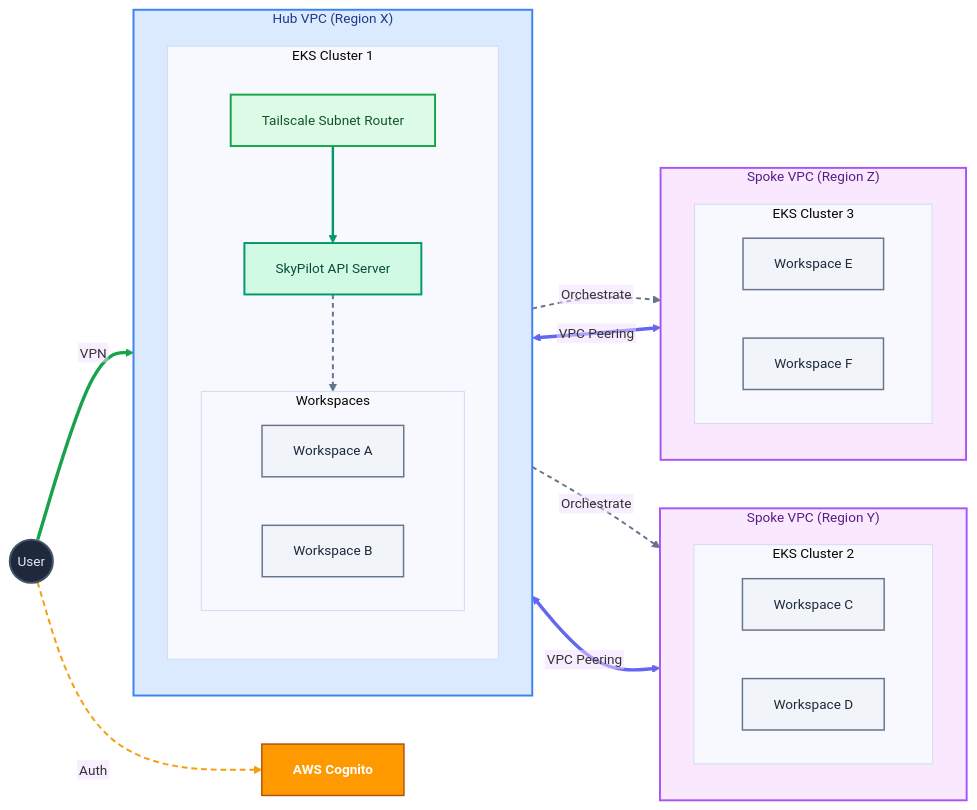
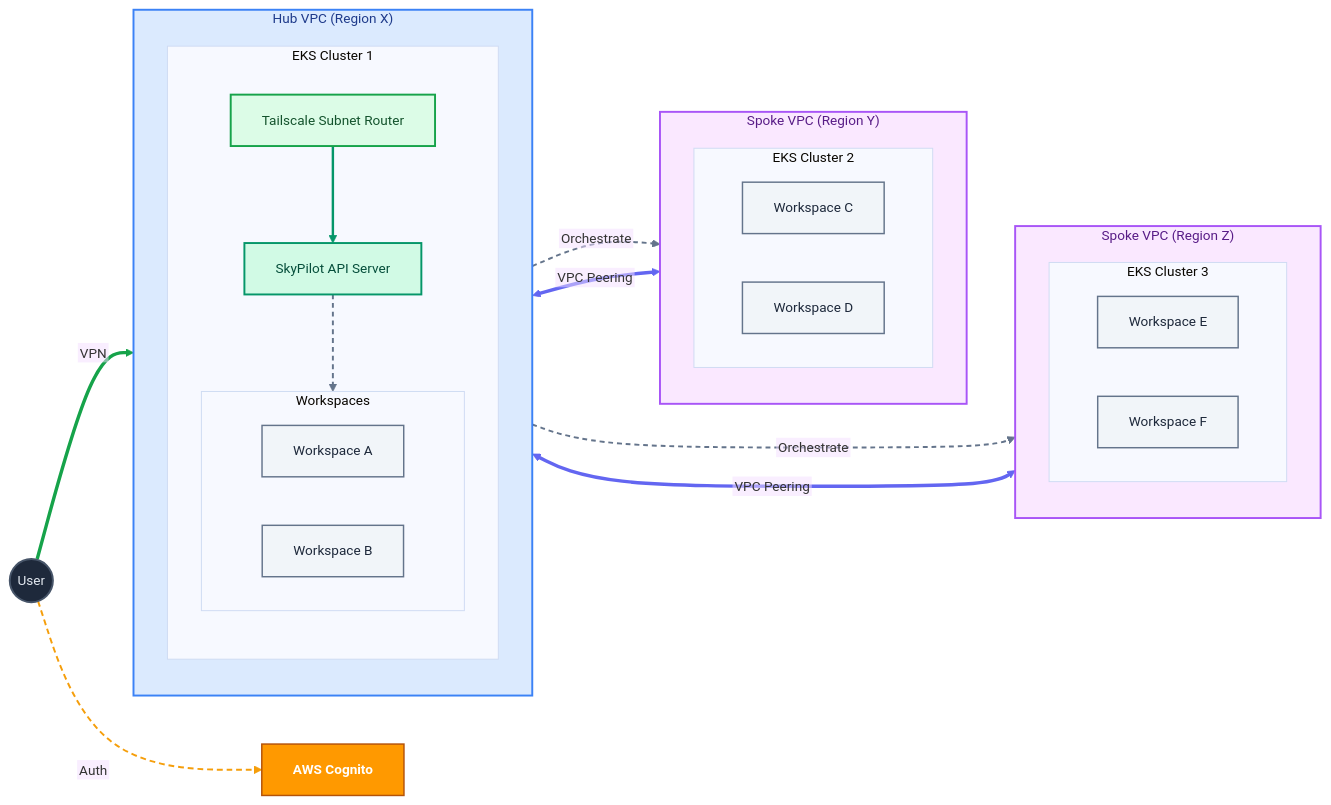
The diagram in projects/skypilot-multi-tenant/README.md (roulbac/pulumi-eks-ml), drawn with Mermaid before and after one commit.

Commit message:
Lay out spoke VPCs horizontally in skypilot-multi-tenant diagram
Restore the side-by-side horizontal arrangement of the Hub and Spoke VPC
boxes for readability. Dagre placed both spokes at the same rank (each
linked only to the hub), stacking them vertically; add an invisible
EKS2 ~~~ EKS3 ordering link so the two spoke VPCs lay out in a horizontal
row while every edge still routes cleanly to a reachable target.

Claude-Session: https://claude.ai/code/session_01Mzp6ZE86fVjyEgb596Z5HG

```diff
--- a/projects/skypilot-multi-tenant/README.md
+++ b/projects/skypilot-multi-tenant/README.md
@@ -87,6 +87,9 @@
     HubVPC <==>|VPC Peering| Spoke1
     HubVPC <==>|VPC Peering| Spoke2
 
+    %% invisible link: lay the two spoke VPCs out side by side (horizontal row)
+    EKS2 ~~~ EKS3
+
     class HubVPC hub;
     class Spoke1,Spoke2 spoke;
 
@@ -97,6 +100,7 @@
     %% 3: User ==> Tailscale
     %% 4-5: API -.-> EKS2/EKS3 (cross-region orchestration)
     %% 6-7: HubVPC <==> Spoke1/Spoke2 (VPC peering)
+    %% 8: EKS2 ~~~ EKS3 (invisible layout link, left unstyled)
     linkStyle 0 stroke:#059669,stroke-width:2.5px;
     linkStyle 1,4,5 stroke:#64748b,stroke-width:2px,stroke-dasharray:5 4;
     linkStyle 2 stroke:#f59e0b,stroke-width:2px,stroke-dasharray:6 4;
```
